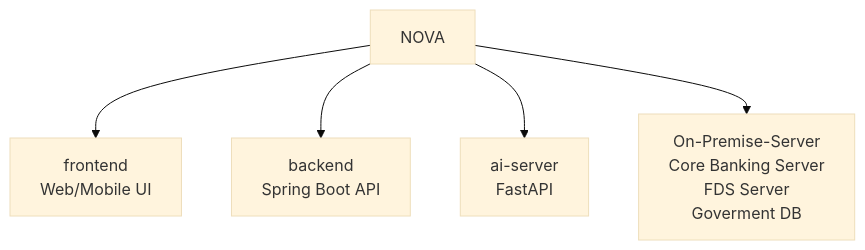
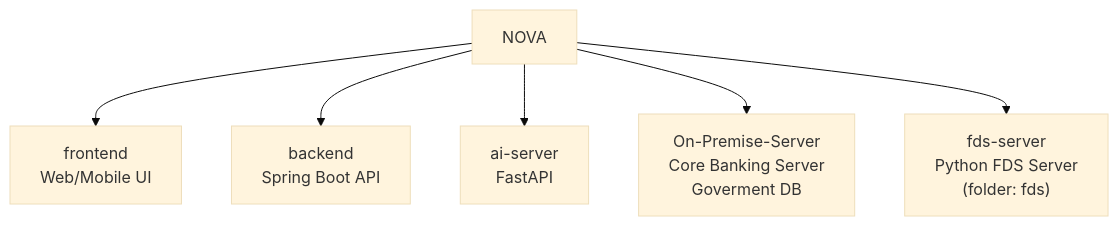
Before and after one commit to jaepar/NOVA: the first of 4 diagrams in AGENTS.md, drawn with Mermaid (base theme). The commit also changed other lines of this file and 8 other files, not shown here.

````diff
--- a/AGENTS.md
+++ b/AGENTS.md
@@ -8,8 +8,9 @@
 ```mermaid
 flowchart TD
     Root["NOVA"]
     Root --> FE["frontend<br/>Web/Mobile UI"]
     Root --> BE["backend<br/>Spring Boot API"]
     Root --> AI["ai-server<br/>FastAPI"]
-    Root --> CB["On-Premise-Server<br/>Core Banking Server<br/>FDS Server<br/>Goverment DB"]
+    Root --> CB["On-Premise-Server<br/>Core Banking Server<br/>Goverment DB"]
+    Root --> FDS["fds-server<br/>Python FDS Server<br/>(folder: fds)"]
 ```
````
